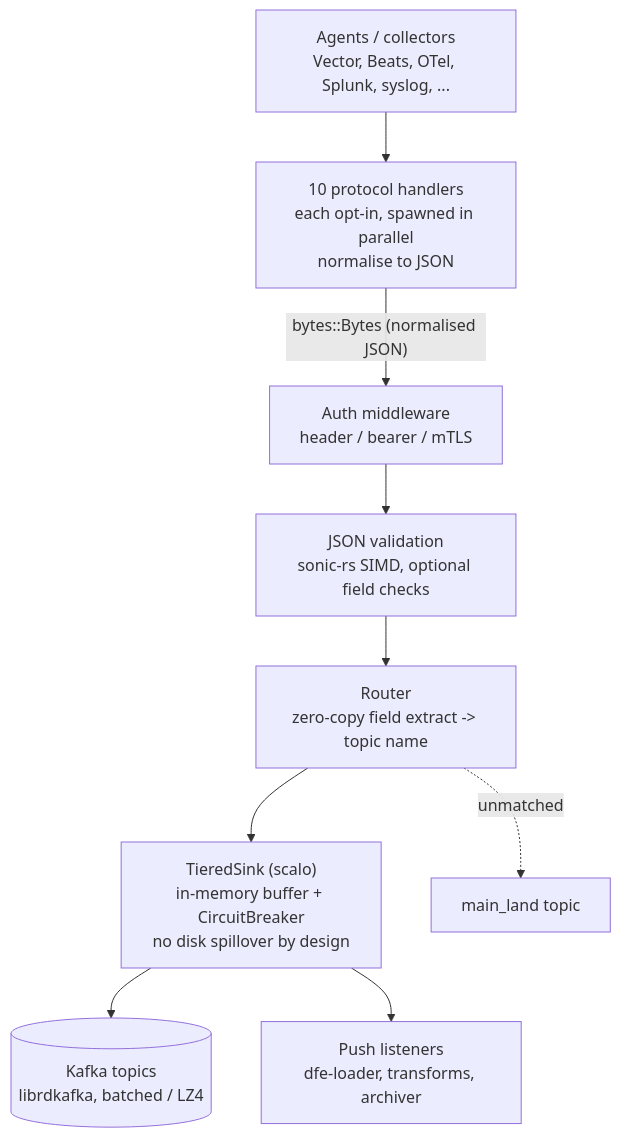
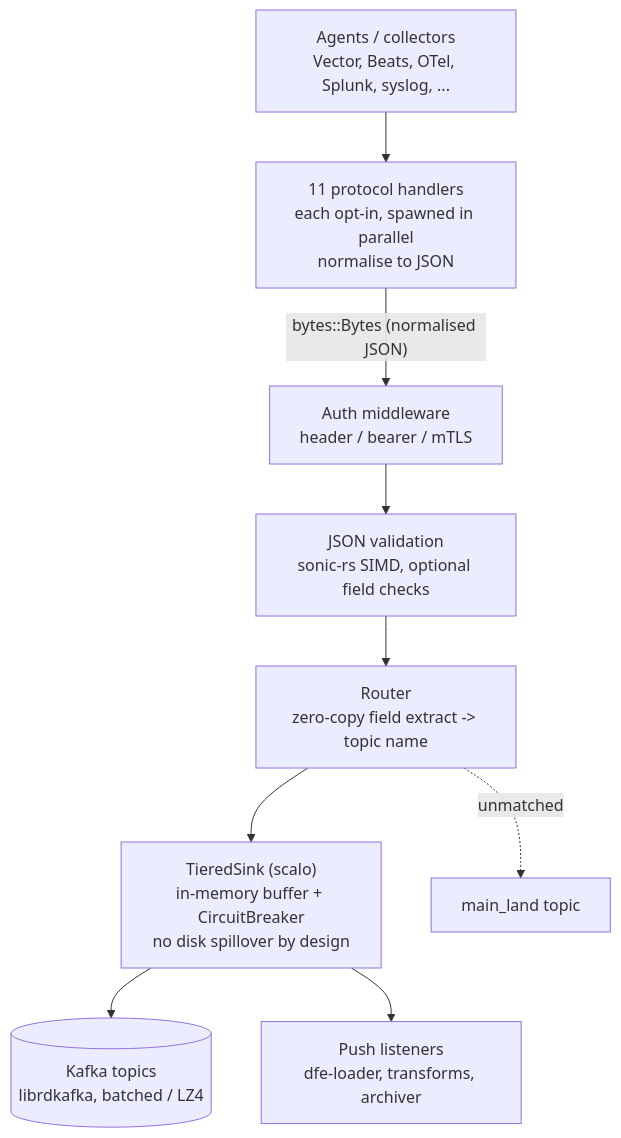
Before and after one commit to hyperi-io/dfe-receiver: the diagram in README.md, drawn with Mermaid. The commit also changed other lines of this file and 27 other files, not shown here.

````diff
--- a/README.md
+++ b/README.md
@@ -239,12 +288,12 @@
 ```mermaid
 flowchart TB
     SRC["Agents / collectors<br/>Vector, Beats, OTel, Splunk, syslog, ..."]
-    SRC --> H["10 protocol handlers<br/>each opt-in, spawned in parallel<br/>normalise to JSON"]
+    SRC --> H["11 protocol handlers<br/>each opt-in, spawned in parallel<br/>normalise to JSON"]
     H -->|"bytes::Bytes (normalised JSON)"| AUTH["Auth middleware<br/>header / bearer / mTLS"]
     AUTH --> VAL["JSON validation<br/>sonic-rs SIMD, optional field checks"]
     VAL --> RT["Router<br/>zero-copy field extract -> topic name"]
     RT --> TS["TieredSink (scalo)<br/>in-memory buffer + CircuitBreaker<br/>no disk spillover by design"]
     TS --> KAFKA[("Kafka topics<br/>librdkafka, batched / LZ4")]
     TS --> GRPC["Push listeners<br/>dfe-loader, transforms, archiver"]
     RT -. unmatched .-> DEF["main_land topic"]
 ```
````
